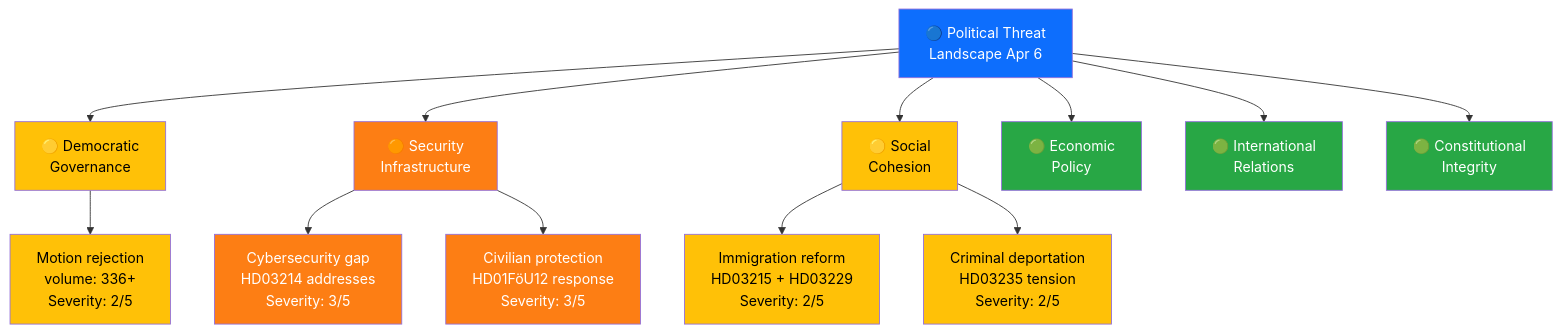
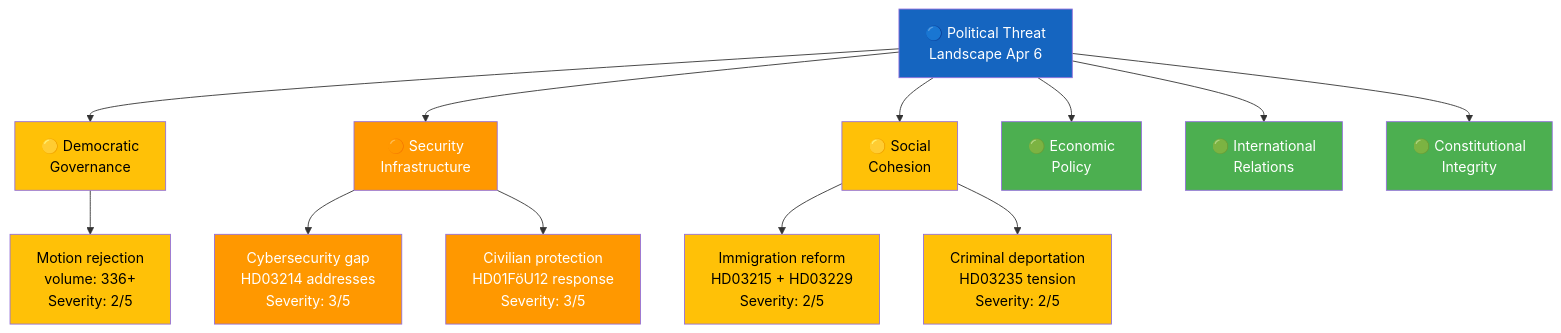
The diagram in analysis/daily/2026-04-06/evening-analysis/threat-analysis.md (Hack23/riksdagsmonitor), drawn with Mermaid before and after one commit. The commit also changed 785 other files, not shown here.

First line of the commit message:
Normalize mermaid colors across 786 analysis artifacts to ISMS Style Guide palette

````diff
--- a/analysis/daily/2026-04-06/evening-analysis/threat-analysis.md
+++ b/analysis/daily/2026-04-06/evening-analysis/threat-analysis.md
@@ -13,26 +13,26 @@
 ```mermaid
 graph TD
     ROOT["🔵 Political Threat<br/>Landscape Apr 6"] --> DG["🟡 Democratic<br/>Governance"]
     ROOT --> SI["🟠 Security<br/>Infrastructure"]
     ROOT --> SC["🟡 Social<br/>Cohesion"]
     ROOT --> EP["🟢 Economic<br/>Policy"]
     ROOT --> IR["🟢 International<br/>Relations"]
     ROOT --> CI["🟢 Constitutional<br/>Integrity"]
     DG --> DG1["Motion rejection<br/>volume: 336+<br/>Severity: 2/5"]
     SI --> SI1["Cybersecurity gap<br/>HD03214 addresses<br/>Severity: 3/5"]
     SI --> SI2["Civilian protection<br/>HD01FöU12 response<br/>Severity: 3/5"]
     SC --> SC1["Immigration reform<br/>HD03215 + HD03229<br/>Severity: 2/5"]
     SC --> SC2["Criminal deportation<br/>HD03235 tension<br/>Severity: 2/5"]
-    style ROOT fill:#0d6efd,color:#fff
-    style DG fill:#ffc107,color:#000
-    style SI fill:#fd7e14,color:#fff
-    style SC fill:#ffc107,color:#000
-    style EP fill:#28a745,color:#fff
-    style IR fill:#28a745,color:#fff
-    style CI fill:#28a745,color:#fff
-    style DG1 fill:#ffc107,color:#000
-    style SI1 fill:#fd7e14,color:#fff
-    style SI2 fill:#fd7e14,color:#fff
-    style SC1 fill:#ffc107,color:#000
-    style SC2 fill:#ffc107,color:#000
+    style ROOT fill:#1565C0,color:#FFFFFF
+    style DG fill:#FFC107,color:#000000
+    style SI fill:#FF9800,color:#FFFFFF
+    style SC fill:#FFC107,color:#000000
+    style EP fill:#4CAF50,color:#FFFFFF
+    style IR fill:#4CAF50,color:#FFFFFF
+    style CI fill:#4CAF50,color:#FFFFFF
+    style DG1 fill:#FFC107,color:#000000
+    style SI1 fill:#FF9800,color:#FFFFFF
+    style SI2 fill:#FF9800,color:#FFFFFF
+    style SC1 fill:#FFC107,color:#000000
+    style SC2 fill:#FFC107,color:#000000
 ```
````
